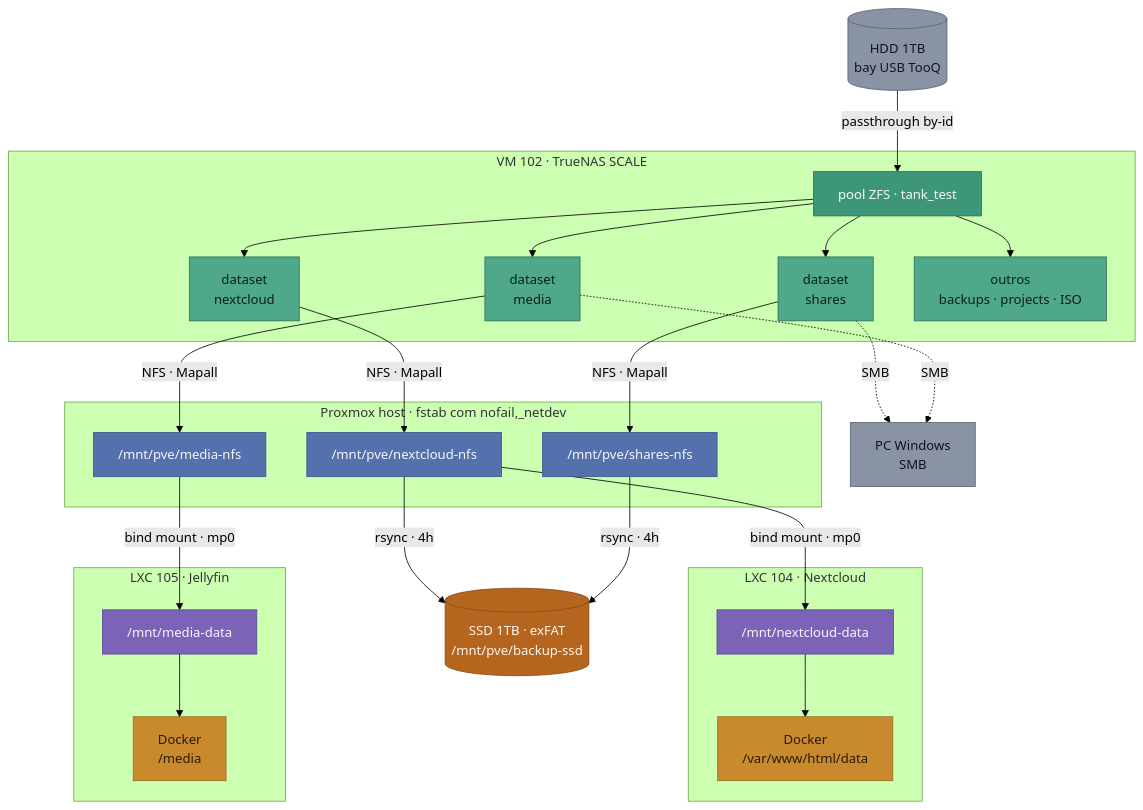
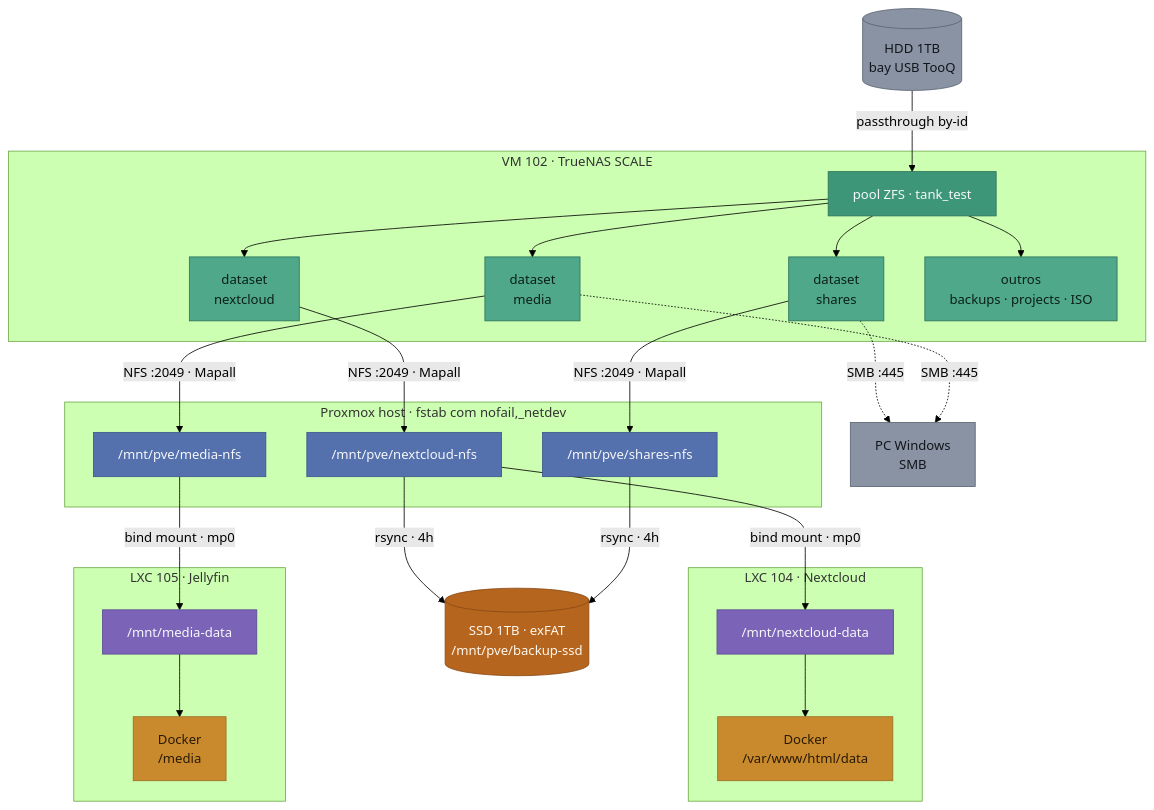
Before and after one commit to RuiGRMargarido/homelab: the first of 2 diagrams in docs/ESQUEMA_DADOS_E_STORAGE.md, drawn with Mermaid (forest theme). The commit also changed other lines of this file and 1 other file, not shown here.

````diff
--- a/docs/ESQUEMA_DADOS_E_STORAGE.md
+++ b/docs/ESQUEMA_DADOS_E_STORAGE.md
@@ -9,60 +9,60 @@
 ```mermaid
 flowchart TB
     HDD[("HDD 1TB<br/>bay USB TooQ")]:::disco
 
     subgraph TNVM["VM 102 · TrueNAS SCALE"]
         POOL["pool ZFS · tank_test"]:::pool
         DSN["dataset<br/>nextcloud"]:::ds
         DSM["dataset<br/>media"]:::ds
         DSS["dataset<br/>shares"]:::ds
         DSO["outros<br/>backups · projects · ISO"]:::ds
     end
 
     HDD -- "passthrough by-id" --> POOL
     POOL --> DSN
     POOL --> DSM
     POOL --> DSS
     POOL --> DSO
 
     subgraph PVEH["Proxmox host · fstab com nofail,_netdev"]
         MN["/mnt/pve/nextcloud-nfs"]:::mount
         MM["/mnt/pve/media-nfs"]:::mount
         MS["/mnt/pve/shares-nfs"]:::mount
     end
 
-    DSN -- "NFS · Mapall" --> MN
-    DSM -- "NFS · Mapall" --> MM
-    DSS -- "NFS · Mapall" --> MS
+    DSN -- "NFS :2049 · Mapall" --> MN
+    DSM -- "NFS :2049 · Mapall" --> MM
+    DSS -- "NFS :2049 · Mapall" --> MS
 
     subgraph L104["LXC 104 · Nextcloud"]
         NCD["/mnt/nextcloud-data"]:::lxc
         NCC["Docker<br/>/var/www/html/data"]:::docker
     end
 
     subgraph L105["LXC 105 · Jellyfin"]
         JFD["/mnt/media-data"]:::lxc
         JFC["Docker<br/>/media"]:::docker
     end
 
     MN -- "bind mount · mp0" --> NCD
     NCD --> NCC
     MM -- "bind mount · mp0" --> JFD
     JFD --> JFC
 
     SSD[("SSD 1TB · exFAT<br/>/mnt/pve/backup-ssd")]:::backup
     MN -- "rsync · 4h" --> SSD
     MS -- "rsync · 4h" --> SSD
 
     SMB["PC Windows<br/>SMB"]:::neut
-    DSS -. "SMB" .-> SMB
-    DSM -. "SMB" .-> SMB
+    DSS -. "SMB :445" .-> SMB
+    DSM -. "SMB :445" .-> SMB
 
     classDef disco fill:#8A93A3,stroke:#5B6472,color:#12161C
     classDef pool fill:#3E9678,stroke:#2C7259,color:#F5F7FA
     classDef ds fill:#4FA88A,stroke:#2C7259,color:#0B1F19
     classDef mount fill:#5470AD,stroke:#3C568C,color:#F5F7FA
     classDef lxc fill:#7B63B8,stroke:#5E4A93,color:#F5F7FA
     classDef docker fill:#C98A2E,stroke:#9C6B1F,color:#2A1B04
     classDef backup fill:#B5651D,stroke:#8A4A15,color:#FFF8F0
     classDef neut fill:#8A93A3,stroke:#5B6472,color:#12161C
 ```
````
